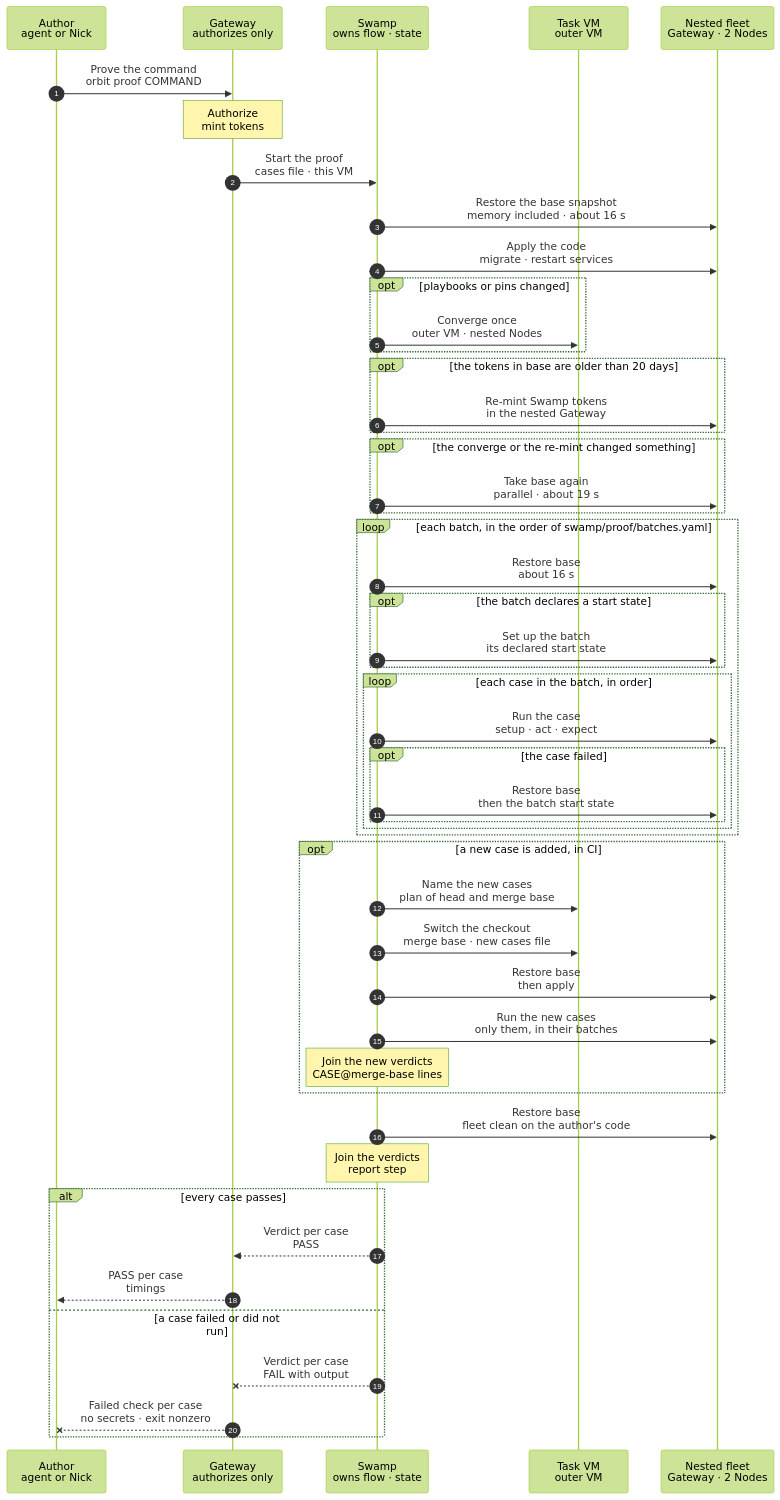
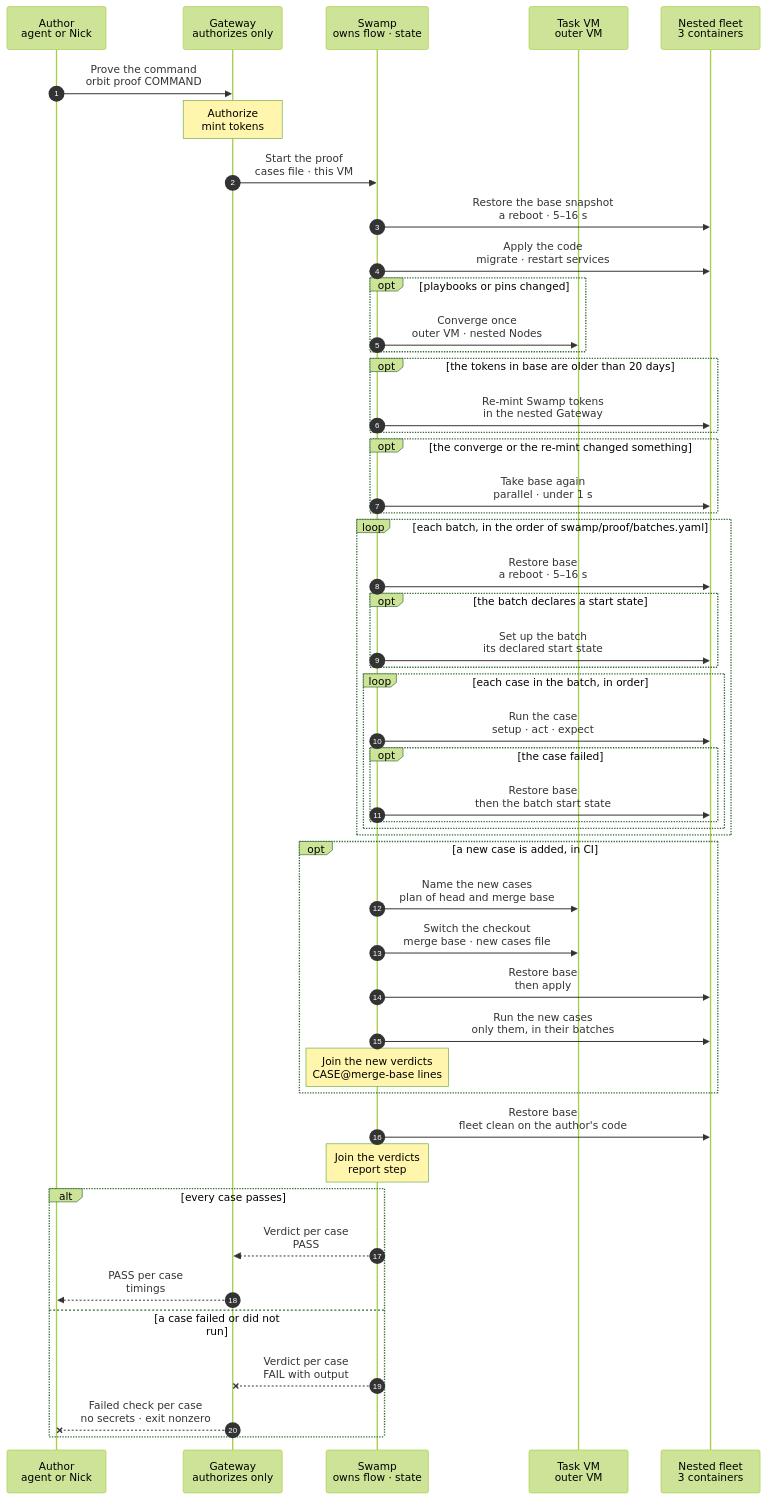
Before and after one commit to hardimpactdev/orbit: the diagram in docs/reference/pipeline/3-proof.mmd, drawn with Mermaid (forest theme). The commit also changed 4 other files, not shown here.

Commit message:
Charts: the nested fleet becomes Incus system containers

```diff
--- a/docs/reference/pipeline/3-proof.mmd
+++ b/docs/reference/pipeline/3-proof.mmd
@@ -1,5 +1,5 @@
 sequenceDiagram
-  %% Target design: stage 3 of the command development pipeline. The author proves the command in the development environment it already works in (task VM with its nested fleet). The nested VMs mount the task VM's checkout over NFS, so edits reach them at once and Incus memory snapshots still work. Each run restores the task's base snapshot and applies the code (migrations, service restart); base is taken again only after a converge or a token re-mint. Each batch restores base once; its cases use their own resources and need no undo. A failed case triggers a restore before the next. Cases come from the command's cases file; each names its batch from swamp/proof/batches.yaml, which sets the order. One shared runner; the same cases and runner run in CI (stage 4, proof:run on a fresh VM).
+  %% Target design: stage 3 of the command development pipeline. The author proves the command in the development environment it already works in (task VM with its nested fleet). The nested Nodes are system containers with the task VM's checkout as a disk device, so edits reach them at once; a restore of base is a container reboot. Each run restores the task's base snapshot and applies the code (migrations, service restart); base is taken again only after a converge or a token re-mint. Each batch restores base once; its cases use their own resources and need no undo. A failed case triggers a restore before the next. Cases come from the command's cases file; each names its batch from swamp/proof/batches.yaml, which sets the order. One shared runner; the same cases and runner run in CI (stage 4, proof:run on a fresh VM).
   %% status: draft
   %% command: development pipeline stage 3 · proof
   %% kind: pipeline.3-proof
@@ -13,7 +13,7 @@
   participant GW as Gateway<br/>authorizes only
   participant SW as Swamp<br/>owns flow · state
   participant VM as Task VM<br/>outer VM
-  participant NT as Nested fleet<br/>Gateway · 2 Nodes
+  participant NT as Nested fleet<br/>3 containers
   AG->>GW: Prove the command<br/>orbit proof COMMAND
   %%> What it does:
   %%> - runs the command's cases on the author's own development VM; no new VM
@@ -25,23 +25,17 @@
   %%> - the runner finds the fleet by the guest names of `task-nested-fleet`, `nested-gateway`, `nested-app-dev` and `nested-app-prod`; no environment setting is needed
   Note over GW: Authorize<br/>mint tokens
   GW->>SW: Start the proof<br/>cases file · this VM
-  SW->>NT: Restore the base snapshot<br/>memory included · about 16 s
+  SW->>NT: Restore the base snapshot<br/>a reboot · 5–16 s
   %%> What it does:
-  %%> - restores the task's Incus stateful snapshot `base` (stage 2), all three VMs in parallel
-  %%> - sets each guest clock from the outer VM as soon as that VM's agent answers; a restore puts the clocks back to snapshot time
-  %%> - restarts the NFS server of the task VM, so the restored guests open new connections to the checkout
-  %%> Decided by the orchestrator, for Nick's review (2026-11-06):
-  %%> - a stateful restore brings back each guest's TCP state from the snapshot while the NFS server has moved on, so the guest firewall drops the server's packets as invalid and the hard mount hangs every process that reads the checkout (proof 12000, VM 748); a restart of the server ends the old connections, and the guests reconnect (about 10 s once on VM 748; to be measured over more restores)
-  %%> - ready when the Gateway answers, every Node agent sends a fresh heartbeat (every 5 s) and Doctor is healthy
-  %%> - every restore of the snapshots has a 45 s limit, and readiness then waits at most 120 s for a healthy Doctor (one Ansible task, decided by the orchestrator, for Nick's review); a restore that fails or is not healthy in time stops the run, with no retry; the cases that did not run become `unrun` with cause `infrastructure`, and the verdicts of cases that ran stay
-  %%> Built, not yet passed live:
-  %%> - the Swamp workflow `proof-fleet-verify` runs this restore first, in its job `prepare`, when the intent sets `restore_first` (`orbit proof`); the proof in CI starts from the `base` that the provision has just taken and leaves it unset
-  %%> Time, measured on tvm-554:
-  %%> - stock Incus restore and agent wait, no tuning: restore about 9 s, healthy about 16 s
+  %%> - restores the task's Incus snapshot `base` (stage 2) of the three containers in parallel, then starts them
+  %%> - ready when the Gateway answers, every Node agent sends a fresh heartbeat and Doctor is healthy; every restore has a 45 s limit, and readiness then waits at most 120 s for a healthy Doctor; a restore that fails or is not healthy in time stops the run
+  %%> Decided by the orchestrator, for Nick's review (2026-11-06), container inner topology:
+  %%> - a container snapshot holds no memory, so the restore is a reboot: no guest clock to set, no NFS server to restart, no stale TCP state; the operator peer comes back from the hub's peer file (stage 2)
+  %%> - measured on shark: the 16 firewall:allow cases passed on containers, each batch restore 14–16 s to healthy; on the VM copies the same cases passed 0 (the Gateway hung on its NFS checkout after the stateful restore)
   SW->>NT: Apply the code<br/>migrate · restart services
   %%> What it does:
   %%> - runs the migrations and restarts the long-running services (Horizon, the scheduler, the agent-view subscriber) in the nested Gateway, so they run the checked-out code
-  %%> - the code itself needs no step: the nested VMs mount the task VM's checkout over NFS (stage 2), and PHP reads changed files on the next request
+  %%> - the code itself needs no step: the nested containers have the task VM's checkout as a disk device (stage 2), and PHP reads changed files on the next request
   %%> - also runs after every restore below: a memory restore brings back processes that loaded older code
   opt playbooks or pins changed
     SW->>VM: Converge once<br/>outer VM · nested Nodes
@@ -65,11 +59,11 @@
     %%> - these tokens belong to the nested Orbit; the real Gateway mints nothing for them
   end
   opt the converge or the re-mint changed something
-    SW->>NT: Take base again<br/>parallel · about 19 s
+    SW->>NT: Take base again<br/>parallel · under 1 s
     %%> What it does:
     %%> - skipped when nothing converged and no token was re-minted; a code change alone never needs a new `base`, because the code is read from the mount
-    %%> - `incus snapshot create --stateful --reuse base` on the three nested VMs at once; `--reuse` replaces the old `base`
-    %%> - the VMs keep running; their clocks lose about 1 s while memory is saved, which the normal time sync corrects
+    %%> - `incus snapshot create --reuse base` on the three containers at once; `--reuse` replaces the old `base`; no memory is saved
+    %%> - the containers keep running
     %%> - `base` holds the proof Swamp Club key, on the nested Gateway's disk and in its Swamp serve's memory; accepted because `base` belongs to one task, never leaves its task VM and is destroyed with it; ready copies stay key-free
     %%> Built, not yet passed live:
     %%> - the Swamp workflow `proof-fleet-verify` takes it, after the re-mint and before the first batch: one step with `forEach` over the three roles, guarded by the same token age as the re-mint, so it is skipped when nothing was re-minted
@@ -84,7 +78,7 @@
     %%> - the task VM keeps its own state until the task merges; changes flow back only as code, through the release and the seed refresh
   end
   loop each batch, in the order of swamp/proof/batches.yaml
-    SW->>NT: Restore base<br/>about 16 s
+    SW->>NT: Restore base<br/>a reboot · 5–16 s
     %%> What it does:
     %%> - one restore per batch, followed by the apply step; skipped when the fleet is still at `base`, as for the first batch
     %%> - 45 s limit, as for every restore; a failed restore stops the run
@@ -127,10 +121,10 @@
     SW->>VM: Switch the checkout<br/>merge base · new cases file
     %%> What it does:
     %%> - the one checkout of the proof VM switches to the merge base, with only the cases file of the command and `swamp/proof/batches.yaml` taken from the head
-    %%> - the nested VMs mount that checkout over NFS, so they need no second export; a step reads `git rev-parse HEAD` in the nested Gateway and the run stops unless it is the merge base
+    %%> - the nested containers have that checkout as their disk device, so they need nothing else; a step reads `git rev-parse HEAD` in the nested Gateway and the run stops unless it is the merge base
     SW->>NT: Restore base<br/>then apply
     %%> What it does:
-    %%> - the restore of `base` that every batch uses: restore, clocks, NFS server restart, readiness, then the apply step, now on the merge-base code
+    %%> - the restore of `base` that every batch uses: restore and start, readiness, then the apply step, now on the merge-base code
     SW->>NT: Run the new cases<br/>only them, in their batches
     %%> What it does:
     %%> - the batches of the plan that hold a new case, in order; the first starts from the restore above, each later one restores `base` itself
@@ -150,7 +144,7 @@
   %%> Why:
   %%> - the author keeps developing on a clean fleet that already runs the latest code; nothing switches back
   %%> Built, not yet passed live:
-  %%> - the Swamp workflow `proof-fleet-verify` runs this restore in its job `finish`, with the child `proof-fleet-restore` (restore, clocks, NFS server restart, readiness, apply), after the batches end, also when a case failed or a step stopped the run
+  %%> - the Swamp workflow `proof-fleet-verify` runs this restore in its job `finish`, with the child `proof-fleet-restore` (restore and start, readiness, apply), after the batches end, also when a case failed or a step stopped the run
   %%> - it belongs to the author's own command: it runs when the intent sets `final_restore`; the proof in CI (stage 4) destroys its VM and leaves it unset
   %%> - `orbit proof COMMAND` sets `final_restore`; it also sets `restore_first`, which makes the workflow restore `base` before the first batch, because the author's fleet may have moved (CI leaves it unset: its VM has just taken `base`)
   %%> - it has the 45 s limit of every restore; one that fails or is not healthy in time fails the run, and the verdicts of the cases stay in the report
```
